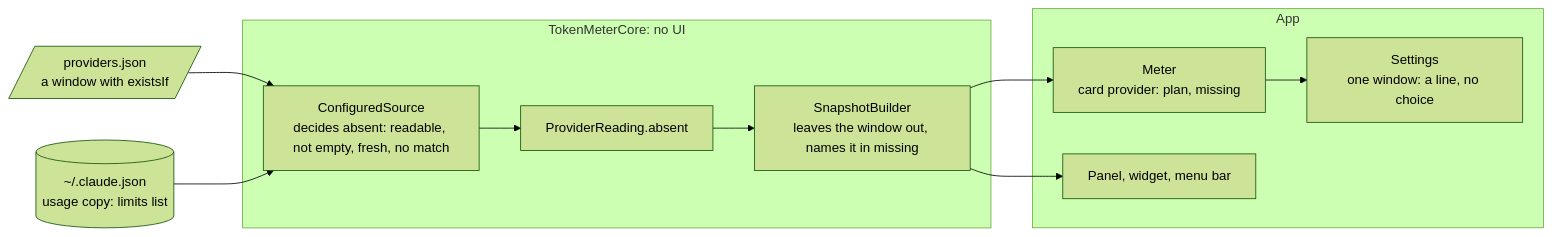
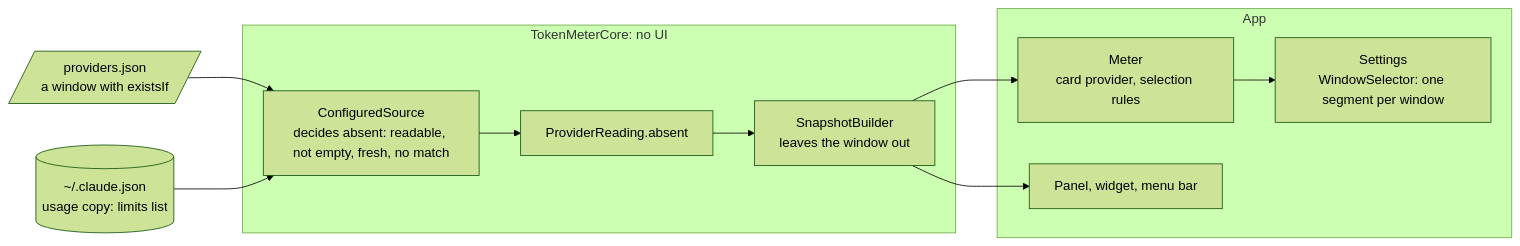
One commit to fmmenchi/tokenmeter changed the diagram in docs/features/2026-10-31-windows-by-plan/plan.md. Above: the diagram before and after it, drawn with Mermaid (forest theme). The commit also changed other lines of this file and 5 other files, not shown here.

Commit message:
docs: describe the window selector and the models under it

````diff
--- a/docs/features/2026-10-31-windows-by-plan/plan.md
+++ b/docs/features/2026-10-31-windows-by-plan/plan.md
@@ -14,19 +14,19 @@
 ```mermaid
 flowchart LR
   COPY[("~/.claude.json<br/>usage copy: limits list")]
   CFG[/"providers.json<br/>a window with existsIf"/]
   subgraph Core["TokenMeterCore: no UI"]
     SRC["ConfiguredSource<br/>decides absent: readable, not empty, fresh, no match"]
     READ["ProviderReading.absent"]
-    BUILD["SnapshotBuilder<br/>leaves the window out, names it in missing"]
+    BUILD["SnapshotBuilder<br/>leaves the window out"]
   end
   subgraph App["App"]
-    METER["Meter<br/>card provider: plan, missing"]
-    SET["Settings<br/>one window: a line, no choice"]
+    METER["Meter<br/>card provider, selection rules"]
+    SET["Settings<br/>WindowSelector: one segment per window"]
     PANEL["Panel, widget, menu bar"]
   end
   CFG --> SRC
   COPY --> SRC --> READ --> BUILD
   BUILD --> METER --> SET
   BUILD --> PANEL
 ```
````
